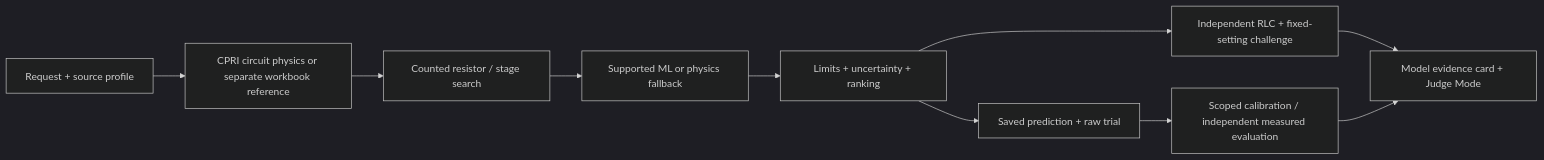
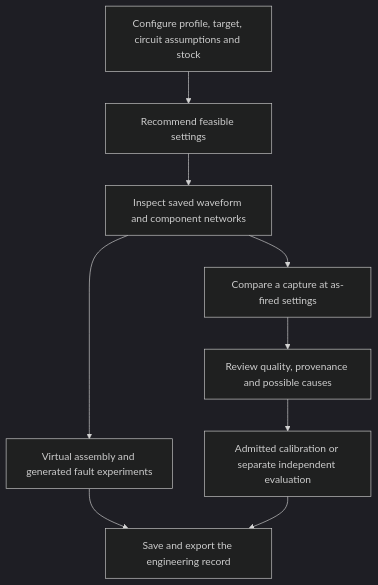
One commit to Siddhanthkjain2005/CR7 changed the diagram in README.md. Above: the diagram before and after it, drawn with Mermaid (dark theme). The commit also changed other lines of this file and 8 other files, not shown here.

````diff
--- a/README.md
+++ b/README.md
@@ -31,12 +35,11 @@
 ```mermaid
-flowchart LR
-  A[Request + source profile] --> B[CPRI circuit physics or separate workbook reference]
-  B --> C[Counted resistor / stage search]
-  C --> D[Supported ML or physics fallback]
-  D --> E[Limits + uncertainty + ranking]
-  E --> F[Independent RLC + fixed-setting challenge]
-  F --> G[Model evidence card + Judge Mode]
-  E --> H[Saved prediction + raw trial]
-  H --> I[Scoped calibration / independent measured evaluation]
-  I --> G
+flowchart TD
+    A[Configure profile, target, circuit assumptions and stock] --> B[Recommend feasible settings]
+    B --> C[Inspect saved waveform and component networks]
+    C --> D[Virtual assembly and generated fault experiments]
+    C --> E[Compare a capture at as-fired settings]
+    E --> F[Review quality, provenance and possible causes]
+    F --> G[Admitted calibration or separate independent evaluation]
+    D --> H[Save and export the engineering record]
+    G --> H
 ```
````
